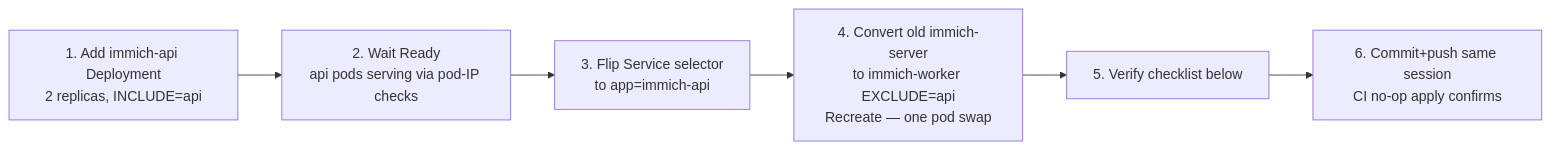
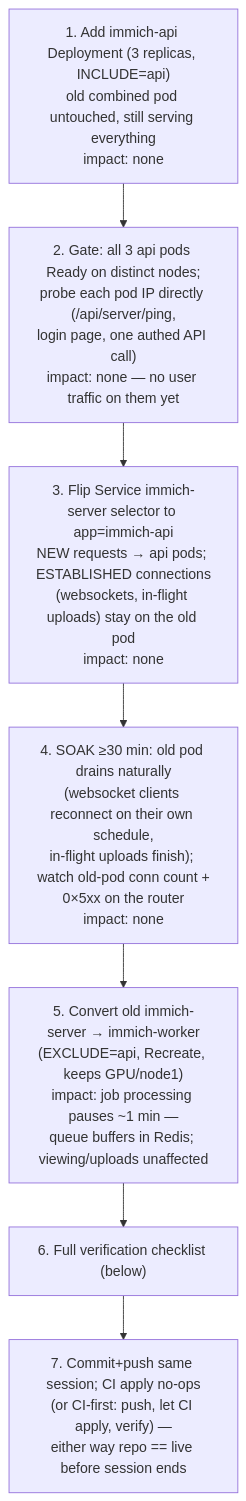
Before and after one commit to ViktorBarzin/infra: the second of 2 diagrams in docs/plans/2026-07-12-immich-horizontal-scaling-design.md, drawn with Mermaid. The commit also changed other lines of this file, not shown here.

First line of the commit message:
docs: Immich scaling design — 3 api replicas + zero-disruption rollout

````diff
--- a/docs/plans/2026-07-12-immich-horizontal-scaling-design.md
+++ b/docs/plans/2026-07-12-immich-horizontal-scaling-design.md
@@ -205,8 +217,9 @@
 ```mermaid
-flowchart LR
-    A[1. Add immich-api Deployment<br/>2 replicas, INCLUDE=api] --> B[2. Wait Ready<br/>api pods serving via pod-IP checks]
-    B --> C[3. Flip Service selector<br/>to app=immich-api]
-    C --> D[4. Convert old immich-server<br/>to immich-worker EXCLUDE=api<br/>Recreate — one pod swap]
-    D --> E[5. Verify checklist below]
-    E --> F[6. Commit+push same session<br/>CI no-op apply confirms]
+flowchart TD
+    A["1. Add immich-api Deployment (3 replicas, INCLUDE=api)<br/>old combined pod untouched, still serving everything<br/>impact: none"] --> B["2. Gate: all 3 api pods Ready on distinct nodes;<br/>probe each pod IP directly (/api/server/ping,<br/>login page, one authed API call)<br/>impact: none — no user traffic on them yet"]
+    B --> C["3. Flip Service immich-server selector to app=immich-api<br/>NEW requests → api pods; ESTABLISHED connections<br/>(websockets, in-flight uploads) stay on the old pod<br/>impact: none"]
+    C --> D["4. SOAK ≥30 min: old pod drains naturally<br/>(websocket clients reconnect on their own schedule,<br/>in-flight uploads finish); watch old-pod conn count +<br/>0×5xx on the router<br/>impact: none"]
+    D --> E["5. Convert old immich-server → immich-worker<br/>(EXCLUDE=api, Recreate, keeps GPU/node1)<br/>impact: job processing pauses ~1 min —<br/>queue buffers in Redis; viewing/uploads unaffected"]
+    E --> F["6. Full verification checklist (below)"]
+    F --> G["7. Commit+push same session; CI apply no-ops<br/>(or CI-first: push, let CI apply, verify) —<br/>either way repo == live before session ends"]
 ```
````
